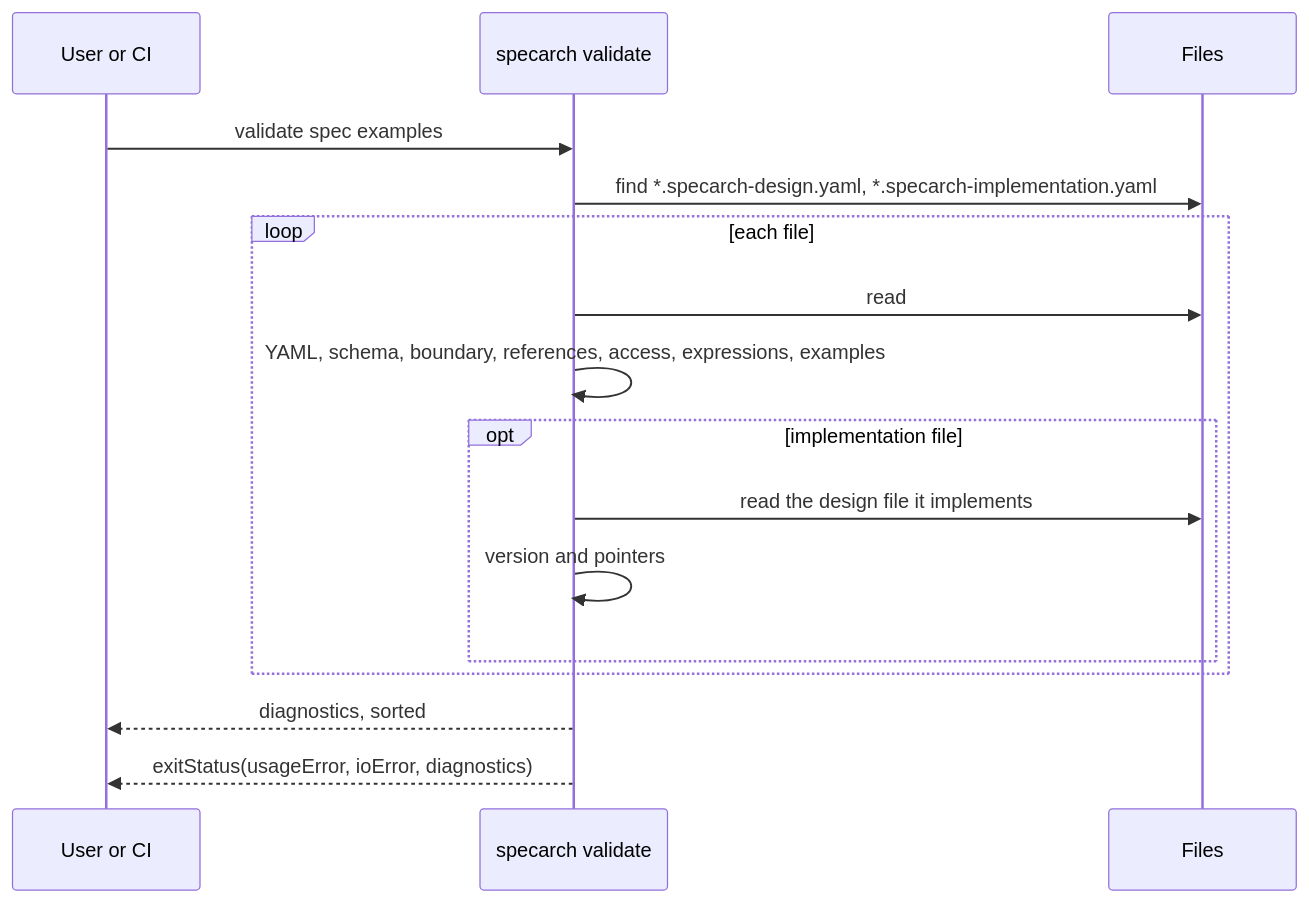
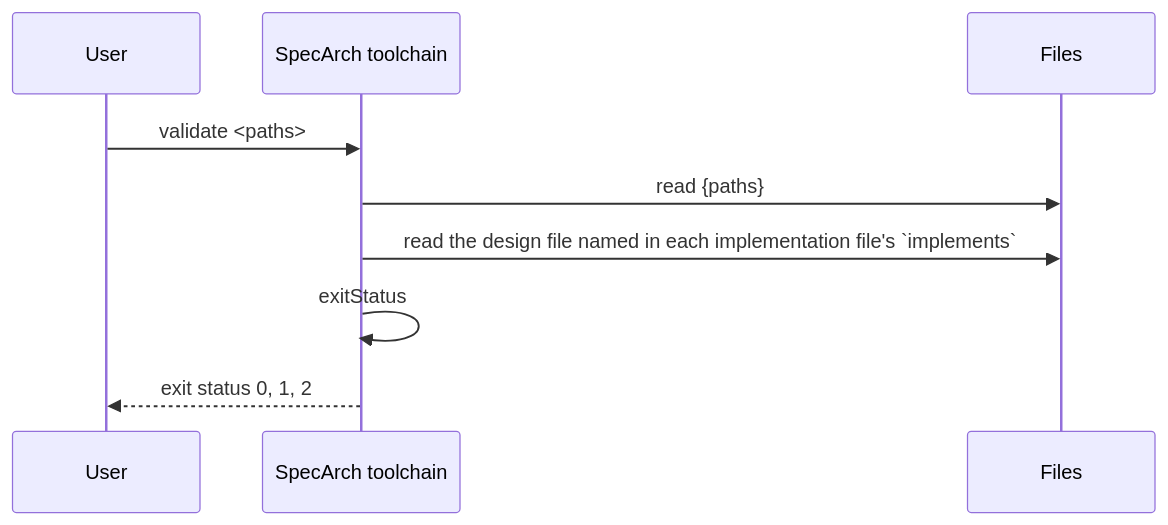
The third of 3 diagrams in spec/specarch.specarch-design.md (SpecArch/specarch), drawn with Mermaid before and after one commit. The commit also changed other lines of this file and 79 other files, not shown here.

````diff
--- a/spec/specarch.specarch-design.md
+++ b/spec/specarch.specarch-design.md
@@ -122,18 +124,11 @@
 ```mermaid
 sequenceDiagram
-  participant U as User or CI
-  participant V as specarch validate
+  participant U as User
+  participant P as SpecArch toolchain
   participant F as Files
-  U->>V: validate spec examples
-  V->>F: find *.specarch-design.yaml, *.specarch-implementation.yaml
-  loop each file
-    V->>F: read
-    V->>V: YAML, schema, boundary, references, access, expressions, examples
-    opt implementation file
-      V->>F: read the design file it implements
-      V->>V: version and pointers
-    end
-  end
-  V-->>U: diagnostics, sorted
-  V-->>U: exitStatus(usageError, ioError, diagnostics)
+  U->>P: validate <paths>
+  P->>F: read {paths}
+  P->>F: read the design file named in each implementation file's `implements`
+  P->>P: exitStatus
+  P-->>U: exit status 0, 1, 2
 ```
````
